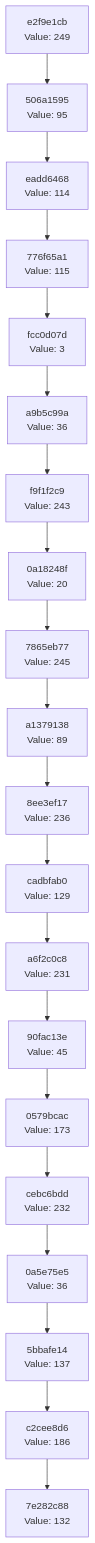
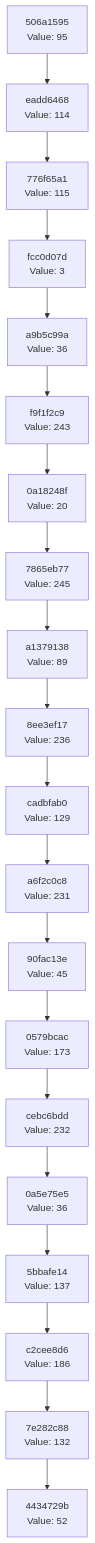
Before and after one commit to Abhisheksinha1506/hash-chain-evolver: the diagram in docs/CHAIN_VISUALIZATION.md, drawn with Mermaid. The commit also changed 2 other files, not shown here.

Commit message:
Evolution Step

````diff
--- a/docs/CHAIN_VISUALIZATION.md
+++ b/docs/CHAIN_VISUALIZATION.md
@@ -3,42 +3,42 @@
 ```mermaid
 graph TD
-    C0["7e282c88<br/>Value: 132"]
-    C1["c2cee8d6<br/>Value: 186"]
+    C0["4434729b<br/>Value: 52"]
+    C1["7e282c88<br/>Value: 132"]
     C1 --> C0
-    C2["5bbafe14<br/>Value: 137"]
+    C2["c2cee8d6<br/>Value: 186"]
     C2 --> C1
-    C3["0a5e75e5<br/>Value: 36"]
+    C3["5bbafe14<br/>Value: 137"]
     C3 --> C2
-    C4["cebc6bdd<br/>Value: 232"]
+    C4["0a5e75e5<br/>Value: 36"]
     C4 --> C3
-    C5["0579bcac<br/>Value: 173"]
+    C5["cebc6bdd<br/>Value: 232"]
     C5 --> C4
-    C6["90fac13e<br/>Value: 45"]
+    C6["0579bcac<br/>Value: 173"]
     C6 --> C5
-    C7["a6f2c0c8<br/>Value: 231"]
+    C7["90fac13e<br/>Value: 45"]
     C7 --> C6
-    C8["cadbfab0<br/>Value: 129"]
+    C8["a6f2c0c8<br/>Value: 231"]
     C8 --> C7
-    C9["8ee3ef17<br/>Value: 236"]
+    C9["cadbfab0<br/>Value: 129"]
     C9 --> C8
-    C10["a1379138<br/>Value: 89"]
+    C10["8ee3ef17<br/>Value: 236"]
     C10 --> C9
-    C11["7865eb77<br/>Value: 245"]
+    C11["a1379138<br/>Value: 89"]
     C11 --> C10
-    C12["0a18248f<br/>Value: 20"]
+    C12["7865eb77<br/>Value: 245"]
     C12 --> C11
-    C13["f9f1f2c9<br/>Value: 243"]
+    C13["0a18248f<br/>Value: 20"]
     C13 --> C12
-    C14["a9b5c99a<br/>Value: 36"]
+    C14["f9f1f2c9<br/>Value: 243"]
     C14 --> C13
-    C15["fcc0d07d<br/>Value: 3"]
+    C15["a9b5c99a<br/>Value: 36"]
     C15 --> C14
-    C16["776f65a1<br/>Value: 115"]
+    C16["fcc0d07d<br/>Value: 3"]
     C16 --> C15
-    C17["eadd6468<br/>Value: 114"]
+    C17["776f65a1<br/>Value: 115"]
     C17 --> C16
-    C18["506a1595<br/>Value: 95"]
+    C18["eadd6468<br/>Value: 114"]
     C18 --> C17
-    C19["e2f9e1cb<br/>Value: 249"]
+    C19["506a1595<br/>Value: 95"]
     C19 --> C18
 ```
````
